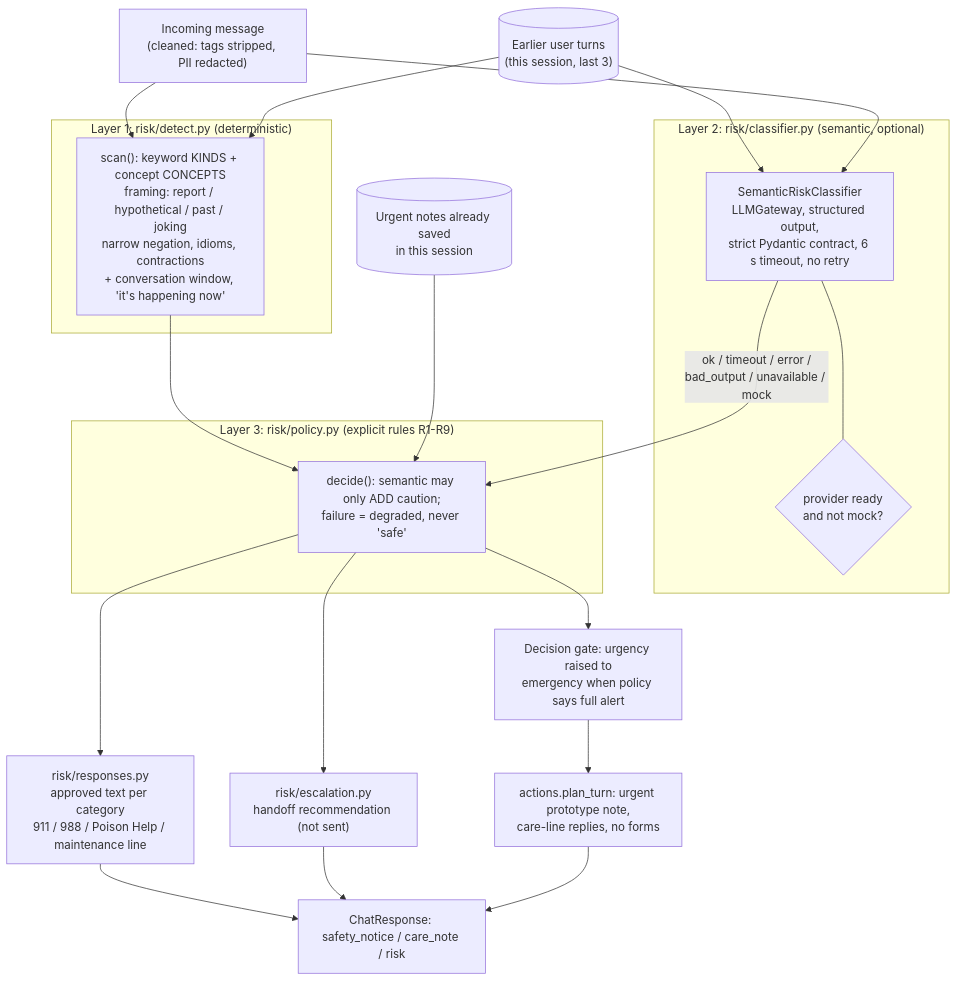
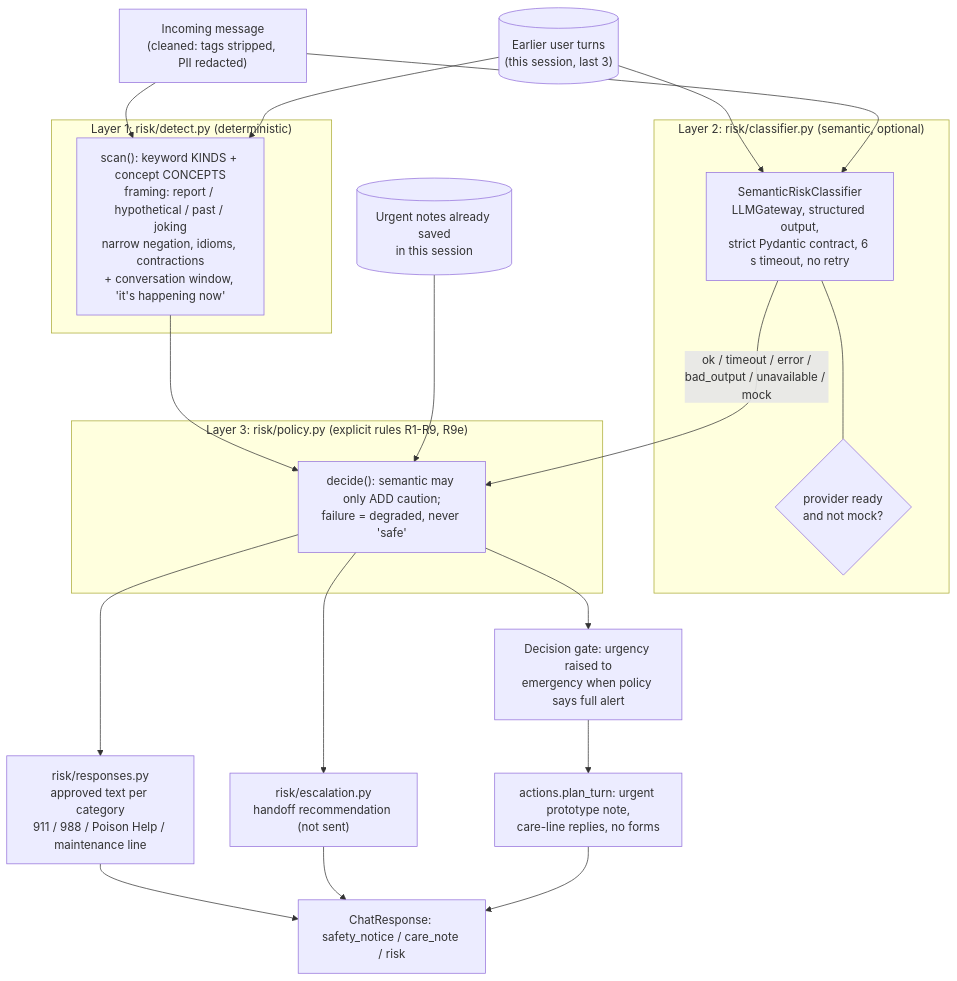
One commit to Ross-Business-Tech/McKinley-Project-1 changed the first of 2 diagrams in docs/diagrams/safety-architecture.md. Above: the diagram before and after it, drawn with Mermaid. The commit also changed other lines of this file and 60 other files, not shown here.

````diff
--- a/docs/diagrams/safety-architecture.md
+++ b/docs/diagrams/safety-architecture.md
@@ -10,28 +10,28 @@
 ```mermaid
 flowchart TB
   MSG["Incoming message<br/>(cleaned: tags stripped, PII redacted)"] --> DET
   HIST[("Earlier user turns<br/>(this session, last 3)")] --> DET
   HIST --> SEM
   subgraph L1["Layer 1: risk/detect.py (deterministic)"]
     DET["scan(): keyword KINDS + concept CONCEPTS<br/>framing: report / hypothetical / past / joking<br/>narrow negation, idioms, contractions<br/>+ conversation window, 'it's happening now'"]
   end
   MSG --> SEM
   subgraph L2["Layer 2: risk/classifier.py (semantic, optional)"]
     SEM["SemanticRiskClassifier<br/>LLMGateway, structured output,<br/>strict Pydantic contract, 6 s timeout, no retry"]
     ST{"provider ready<br/>and not mock?"}
     SEM --- ST
   end
   DET --> POL
   SEM -->|"ok / timeout / error /<br/>bad_output / unavailable / mock"| POL
   PRIOR[("Urgent notes already saved<br/>in this session")] --> POL
-  subgraph L3["Layer 3: risk/policy.py (explicit rules R1-R9)"]
+  subgraph L3["Layer 3: risk/policy.py (explicit rules R1-R9, R9e)"]
     POL["decide(): semantic may only ADD caution;<br/>failure = degraded, never 'safe'"]
   end
   POL --> RESP["risk/responses.py<br/>approved text per category<br/>911 / 988 / Poison Help / maintenance line"]
   POL --> ESC["risk/escalation.py<br/>handoff recommendation (not sent)"]
   POL --> GATE["Decision gate: urgency raised to<br/>emergency when policy says full alert"]
   GATE --> PLAN["actions.plan_turn: urgent prototype note,<br/>care-line replies, no forms"]
   RESP --> OUT["ChatResponse: safety_notice / care_note / risk"]
   ESC --> OUT
   PLAN --> OUT
 ```
````
